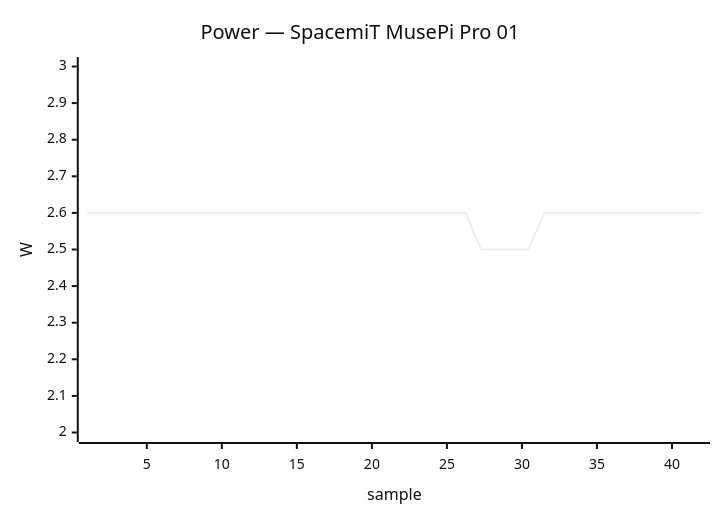
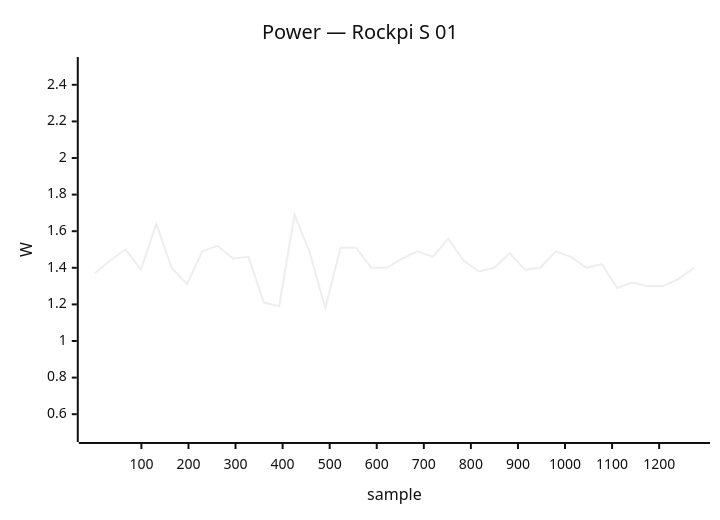
The seventh of 41 diagrams in docs/status/board-tests.md (armbian/documentation), drawn with Mermaid (neutral theme) before and after one commit. The commit also changed other lines of this file, not shown here.

````diff
--- a/docs/status/board-tests.md
+++ b/docs/status/board-tests.md
@@ -161,7 +236,7 @@
 ```mermaid
 xychart-beta
-    title "Power — SpacemiT MusePi Pro 01"
-    x-axis "sample" 1 --> 42
-    y-axis "W" 2.0 --> 3.0
-    line [2.60, 2.60, 2.60, 2.60, 2.60, 2.60, 2.60, 2.60, 2.60, 2.60, 2.60, 2.60, 2.60, 2.60, 2.60, 2.60, 2.60, 2.60, 2.60, 2.60, 2.60, 2.60, 2.60, 2.60, 2.60, 2.50, 2.50, 2.50, 2.50, 2.60, 2.60, 2.60, 2.60, 2.60, 2.60, 2.60, 2.60, 2.60, 2.60, 2.60]
+    title "Power — Rockpi S 01"
+    x-axis "sample" 1 --> 1274
+    y-axis "W" 0.5 --> 2.5
+    line [1.37, 1.44, 1.50, 1.39, 1.64, 1.40, 1.31, 1.49, 1.52, 1.45, 1.46, 1.21, 1.19, 1.69, 1.48, 1.18, 1.51, 1.51, 1.40, 1.40, 1.45, 1.49, 1.46, 1.56, 1.44, 1.38, 1.40, 1.48, 1.39, 1.40, 1.49, 1.46, 1.40, 1.42, 1.29, 1.32, 1.30, 1.30, 1.34, 1.40]
 ```
````
